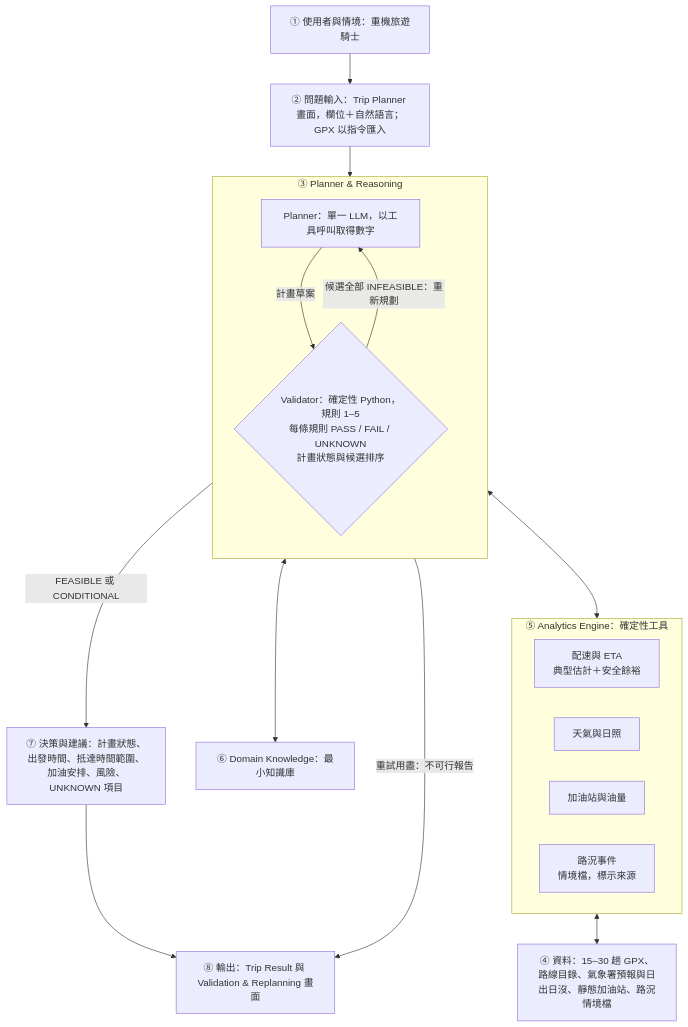
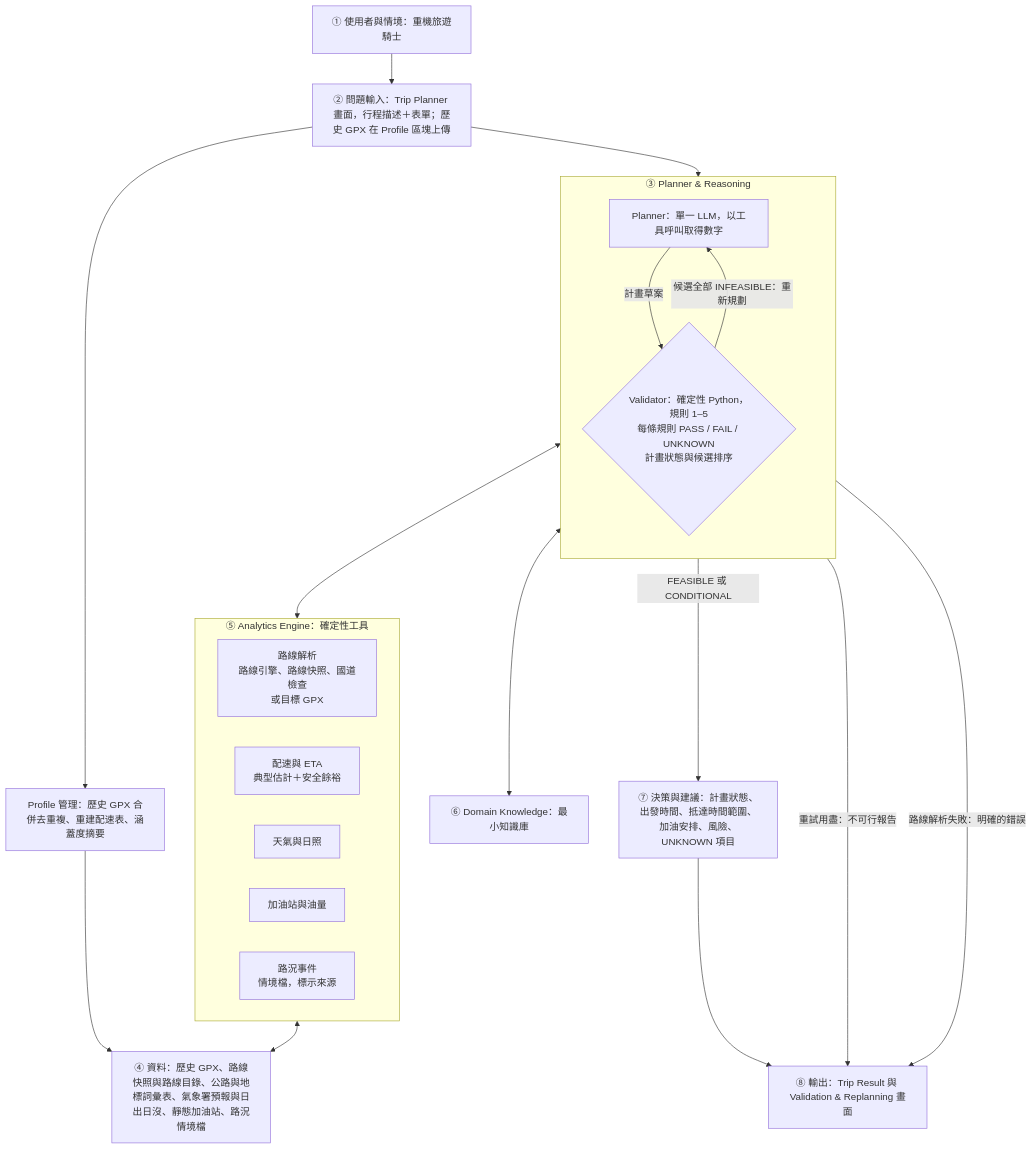
Before and after one commit to yotsubamomo/moto-touring-copilot: the diagram in DESIGN.md, drawn with Mermaid. The commit also changed other lines of this file and 26 other files, not shown here.

````diff
--- a/DESIGN.md
+++ b/DESIGN.md
@@ -103,27 +112,31 @@
 ```mermaid
 flowchart TB
-    U["① 使用者與情境：重機旅遊騎士"] --> Q["② 問題輸入：Trip Planner 畫面，欄位＋自然語言；GPX 以指令匯入"]
+    U["① 使用者與情境：重機旅遊騎士"] --> Q["② 問題輸入：Trip Planner 畫面，行程描述＋表單；歷史 GPX 在 Profile 區塊上傳"]
     Q --> PL
+    Q --> PM["Profile 管理：歷史 GPX 合併去重複、重建配速表、涵蓋度摘要"]
+    PM --> D
     subgraph P["③ Planner & Reasoning"]
         direction TB
         PL["Planner：單一 LLM，以工具呼叫取得數字"]
         VA{"Validator：確定性 Python，規則 1–5<br/>每條規則 PASS / FAIL / UNKNOWN<br/>計畫狀態與候選排序"}
         PL -- 計畫草案 --> VA
         VA -- 候選全部 INFEASIBLE：重新規劃 --> PL
     end
     subgraph T["⑤ Analytics Engine：確定性工具"]
         direction LR
+        T0["路線解析<br/>路線引擎、路線快照、國道檢查<br/>或目標 GPX"]
         T1["配速與 ETA<br/>典型估計＋安全餘裕"]
         T2["天氣與日照"]
         T3["加油站與油量"]
         T4["路況事件<br/>情境檔，標示來源"]
     end
-    D["④ 資料：15–30 趟 GPX、路線目錄、氣象署預報與日出日沒、靜態加油站、路況情境檔"]
+    D["④ 資料：歷史 GPX、路線快照與路線目錄、公路與地標詞彙表、氣象署預報與日出日沒、靜態加油站、路況情境檔"]
     K["⑥ Domain Knowledge：最小知識庫"]
     PL <--> T
     PL <--> K
     T <--> D
     VA -- FEASIBLE 或 CONDITIONAL --> R["⑦ 決策與建議：計畫狀態、出發時間、抵達時間範圍、加油安排、風險、UNKNOWN 項目"]
     R --> OUT["⑧ 輸出：Trip Result 與 Validation & Replanning 畫面"]
     VA -- 重試用盡：不可行報告 --> OUT
+    PL -- 路線解析失敗：明確的錯誤 --> OUT
 ```
````
